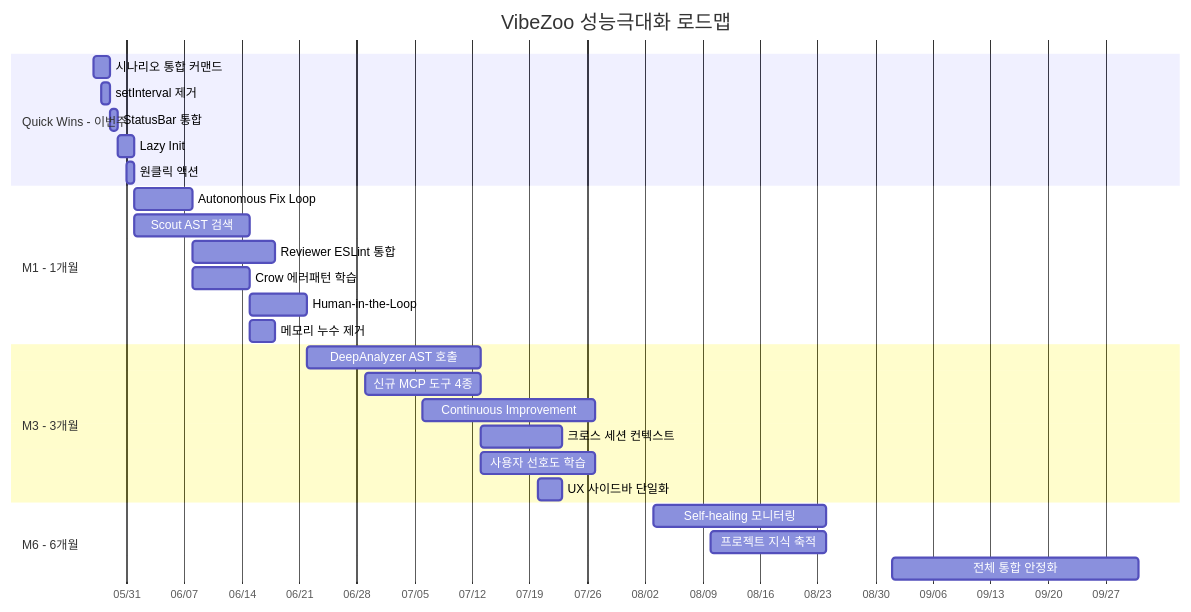
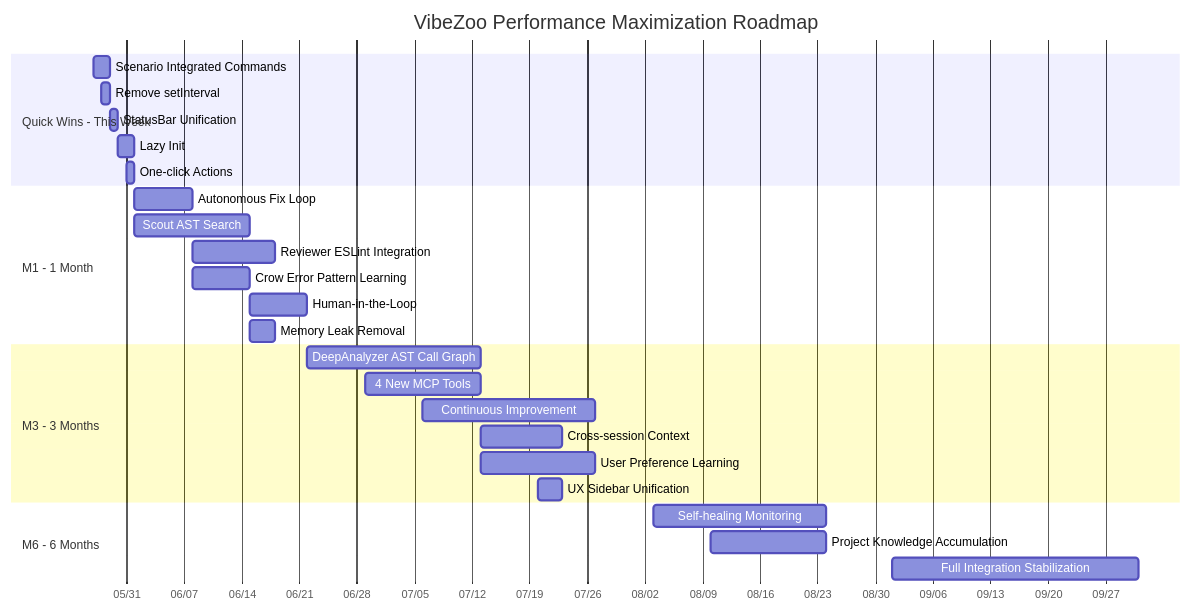
The diagram in fromscratch/ROADMAP.md (myk1yt/VibeZoo), drawn with Mermaid before and after one commit. The commit also changed other lines of this file and 6 other files, not shown here.

````diff
--- a/fromscratch/ROADMAP.md
+++ b/fromscratch/ROADMAP.md
@@ -625,34 +625,34 @@
 ```mermaid
 gantt
-    title VibeZoo 성능극대화 로드맵
+    title VibeZoo Performance Maximization Roadmap
     dateFormat  YYYY-MM-DD
     axisFormat  %m/%d
     
-    section Quick Wins - 이번주
-    시나리오 통합 커맨드     :2026-05-27, 2d
-    setInterval 제거         :2026-05-28, 1d
-    StatusBar 통합           :2026-05-29, 1d
-    Lazy Init               :2026-05-30, 2d
-    원클릭 액션              :2026-05-31, 1d
+    section Quick Wins - This Week
+    Scenario Integrated Commands     :2026-05-27, 2d
+    Remove setInterval               :2026-05-28, 1d
+    StatusBar Unification           :2026-05-29, 1d
+    Lazy Init                       :2026-05-30, 2d
+    One-click Actions               :2026-05-31, 1d
 
-    section M1 - 1개월
-    Autonomous Fix Loop     :2026-06-01, 7d
-    Scout AST 검색          :2026-06-01, 14d
-    Reviewer ESLint 통합    :2026-06-08, 10d
-    Crow 에러패턴 학습       :2026-06-08, 7d
-    Human-in-the-Loop       :2026-06-15, 7d
-    메모리 누수 제거        :2026-06-15, 3d
+    section M1 - 1 Month
+    Autonomous Fix Loop             :2026-06-01, 7d
+    Scout AST Search                :2026-06-01, 14d
+    Reviewer ESLint Integration     :2026-06-08, 10d
+    Crow Error Pattern Learning     :2026-06-08, 7d
+    Human-in-the-Loop               :2026-06-15, 7d
+    Memory Leak Removal             :2026-06-15, 3d
 
-    section M3 - 3개월
-    DeepAnalyzer AST 호출   :2026-06-22, 21d
-    신규 MCP 도구 4종       :2026-06-29, 14d
-    Continuous Improvement  :2026-07-06, 21d
-    크로스 세션 컨텍스트    :2026-07-13, 10d
-    사용자 선호도 학습       :2026-07-13, 14d
-    UX 사이드바 단일화      :2026-07-20, 3d
+    section M3 - 3 Months
+    DeepAnalyzer AST Call Graph     :2026-06-22, 21d
+    4 New MCP Tools                 :2026-06-29, 14d
+    Continuous Improvement          :2026-07-06, 21d
+    Cross-session Context           :2026-07-13, 10d
+    User Preference Learning        :2026-07-13, 14d
+    UX Sidebar Unification          :2026-07-20, 3d
 
-    section M6 - 6개월
-    Self-healing 모니터링   :2026-08-03, 21d
-    프로젝트 지식 축적       :2026-08-10, 14d
-    전체 통합 안정화         :2026-09-01, 30d
+    section M6 - 6 Months
+    Self-healing Monitoring         :2026-08-03, 21d
+    Project Knowledge Accumulation  :2026-08-10, 14d
+    Full Integration Stabilization  :2026-09-01, 30d
 ```
````
